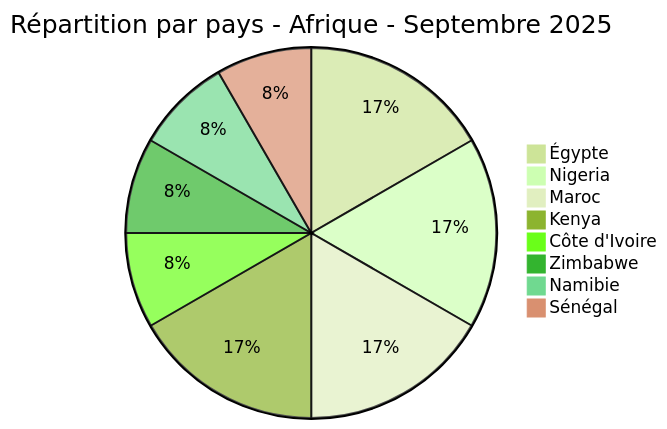
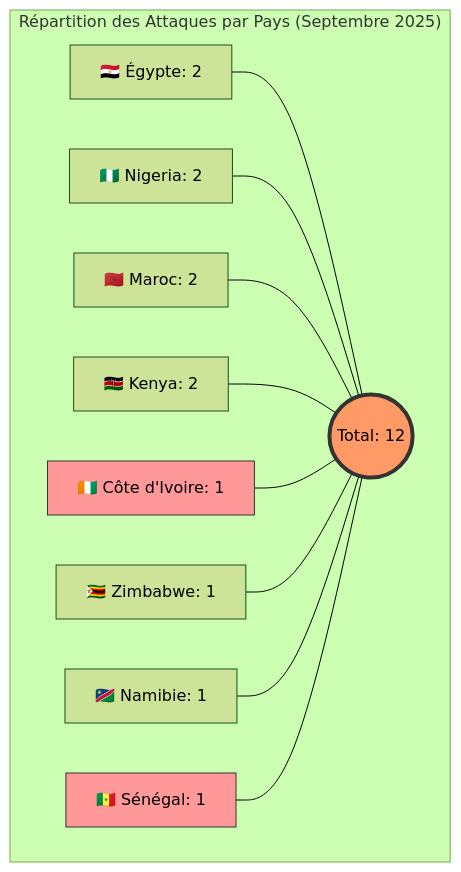
Before and after one commit to Hatchepsoute/AFRINTEL: the second of 3 diagrams in 2025/september/report/README_FR.md, drawn with Mermaid (forest theme). The commit also changed other lines of this file and 1 other file, not shown here.

Commit message:
Rapport de cyberttaque Septembre 2025 - versions FR/EN & rapport CTI Janvier et Février 2026

````diff
--- a/2025/september/report/README_FR.md
+++ b/2025/september/report/README_FR.md
@@ -77,11 +84,17 @@
 ```mermaid
-pie title Répartition par pays - Afrique - Septembre 2025
-"Égypte" : 2
-"Nigeria" : 2
-"Maroc" : 2
-"Kenya" : 2
-"Côte d'Ivoire" : 1
-"Zimbabwe" : 1
-"Namibie" : 1
-"Sénégal" : 1
+graph TD
+    subgraph "Répartition des Attaques par Pays (Septembre 2025)"
+    EG[🇪🇬 Égypte: 2] --- Total((Total: 12))
+    NG[🇳🇬 Nigeria: 2] --- Total
+    MA[🇲🇦 Maroc: 2] --- Total
+    KE[🇰🇪 Kenya: 2] --- Total
+    CI[🇨🇮 Côte d'Ivoire: 1] --- Total
+    ZW[🇿🇼 Zimbabwe: 1] --- Total
+    NA[🇳🇦 Namibie: 1] --- Total
+    SN[🇸🇳 Sénégal: 1] --- Total
+    end
+
+    style Total fill:#f96,stroke:#333,stroke-width:4px
+    style SN fill:#ff9999,stroke:#333
+    style CI fill:#ff9999,stroke:#333
 ```
````
